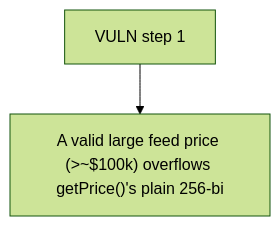
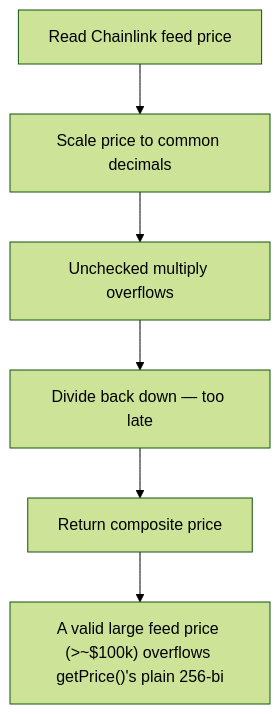
Before and after one commit to sanbir/evm-hack-registry: the diagram in 62694-arithmetic-overflow-in-getprice-when-feeds-return-large-valu_exp/62694-arithmetic-overflow-in-getprice-when-feeds-return-large-valu_exp.md, drawn with Mermaid (forest theme). The commit also changed other lines of this file and 79 other files, not shown here.

````diff
--- a/62694-arithmetic-overflow-in-getprice-when-feeds-return-large-valu_exp/62694-arithmetic-overflow-in-getprice-when-feeds-return-large-valu_exp.md
+++ b/62694-arithmetic-overflow-in-getprice-when-feeds-return-large-valu_exp/62694-arithmetic-overflow-in-getprice-when-feeds-return-large-valu_exp.md
@@ -28,6 +28,14 @@
 ```mermaid
 flowchart TD
-  S0["VULN step 1"]
+  S0["Read Chainlink feed price"]
+  S1["Scale price to common decimals"]
+  S2["Unchecked multiply overflows"]
+  S3["Divide back down — too late"]
+  S4["Return composite price"]
   H["A valid large feed price (>~$100k) overflows getPrice()'s plain 256-bi"]
-  S0 --> H
+  S0 --> S1
+  S1 --> S2
+  S2 --> S3
+  S3 --> S4
+  S4 --> H
 ```
````
